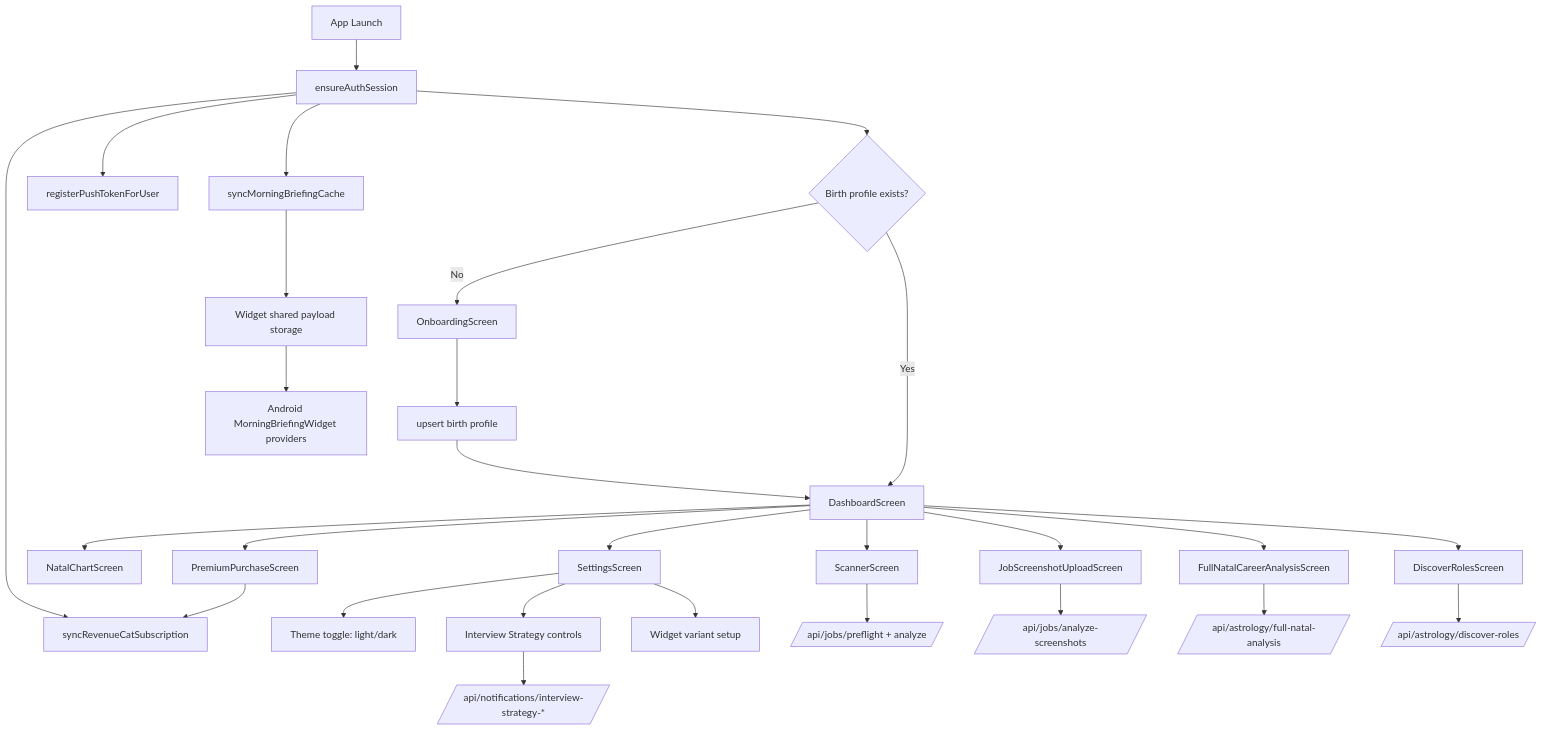
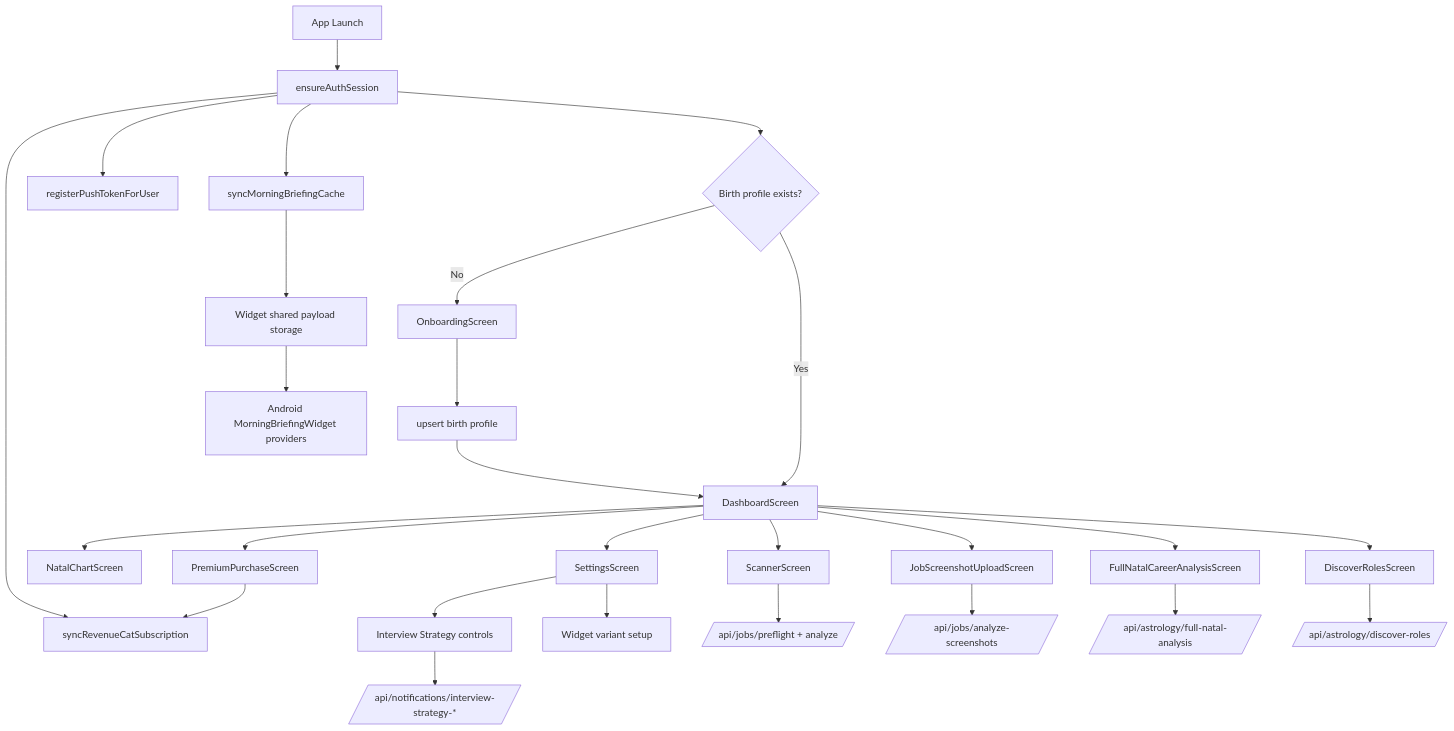
One commit to p1vzz/horojob changed the diagram in docs/specs.md. Above: the diagram before and after it, drawn with Mermaid. The commit also changed other lines of this file and 97 other files, not shown here.

````diff
--- a/docs/specs.md
+++ b/docs/specs.md
@@ -100,35 +127,34 @@
 ```mermaid
 flowchart TD
   A[App Launch] --> B[ensureAuthSession]
   B --> C{Birth profile exists?}
   C -- No --> D[OnboardingScreen]
   D --> E[upsert birth profile]
   E --> F[DashboardScreen]
   C -- Yes --> F
 
   B --> G[registerPushTokenForUser]
   B --> H[syncRevenueCatSubscription]
   B --> I[syncMorningBriefingCache]
 
   F --> J[ScannerScreen]
   F --> K[NatalChartScreen]
   F --> L[FullNatalCareerAnalysisScreen]
   F --> M[DiscoverRolesScreen]
   F --> N[SettingsScreen]
   F --> O[PremiumPurchaseScreen]
   F --> P[JobScreenshotUploadScreen]
 
-  N --> Q[Theme toggle: light/dark]
-  N --> R[Interview Strategy controls]
-  N --> S[Widget variant setup]
+  N --> Q[Interview Strategy controls]
+  N --> R[Widget variant setup]
   O --> H
 
   I --> T[Widget shared payload storage]
   T --> U[Android MorningBriefingWidget providers]
 
   J --> V[/api/jobs/preflight + analyze/]
   P --> W[/api/jobs/analyze-screenshots/]
   L --> X[/api/astrology/full-natal-analysis/]
   M --> Y[/api/astrology/discover-roles/]
-  R --> Z[/api/notifications/interview-strategy-*/]
+  Q --> Z[/api/notifications/interview-strategy-*/]
 ```
````
